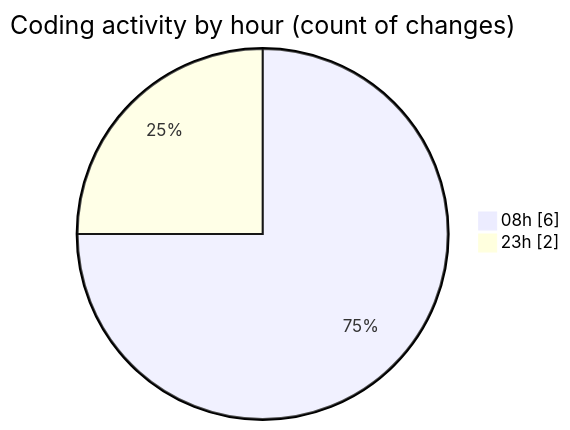
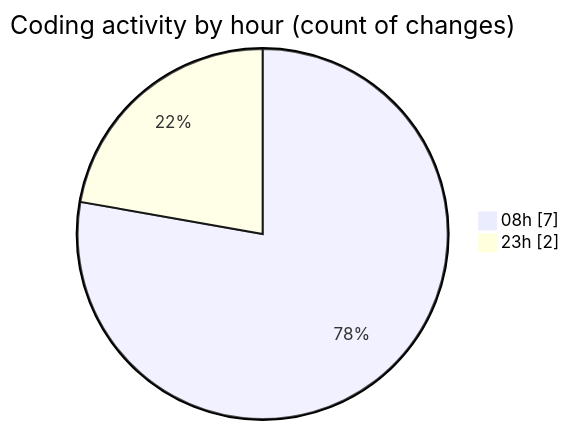
Before and after one commit to Elitesun/code-tracking: the second of 2 diagrams in 2025-05-05/niten/README.md, drawn with Mermaid. The commit also changed other lines of this file and 1 other file, not shown here.

````diff
--- a/2025-05-05/niten/README.md
+++ b/2025-05-05/niten/README.md
@@ -32,6 +34,6 @@
 ```mermaid
 pie showData
 title Coding activity by hour (count of changes)
-"08h" : 6
+"08h" : 7
 "23h" : 2
 ```
````
